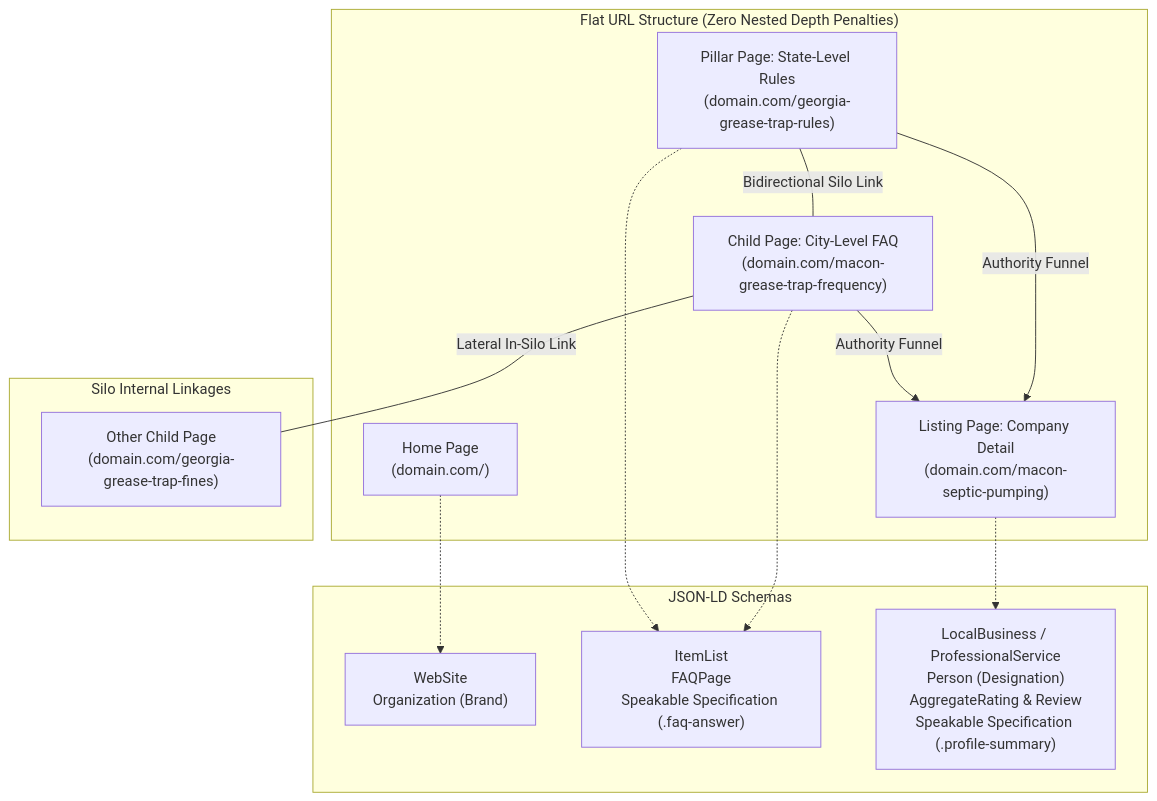
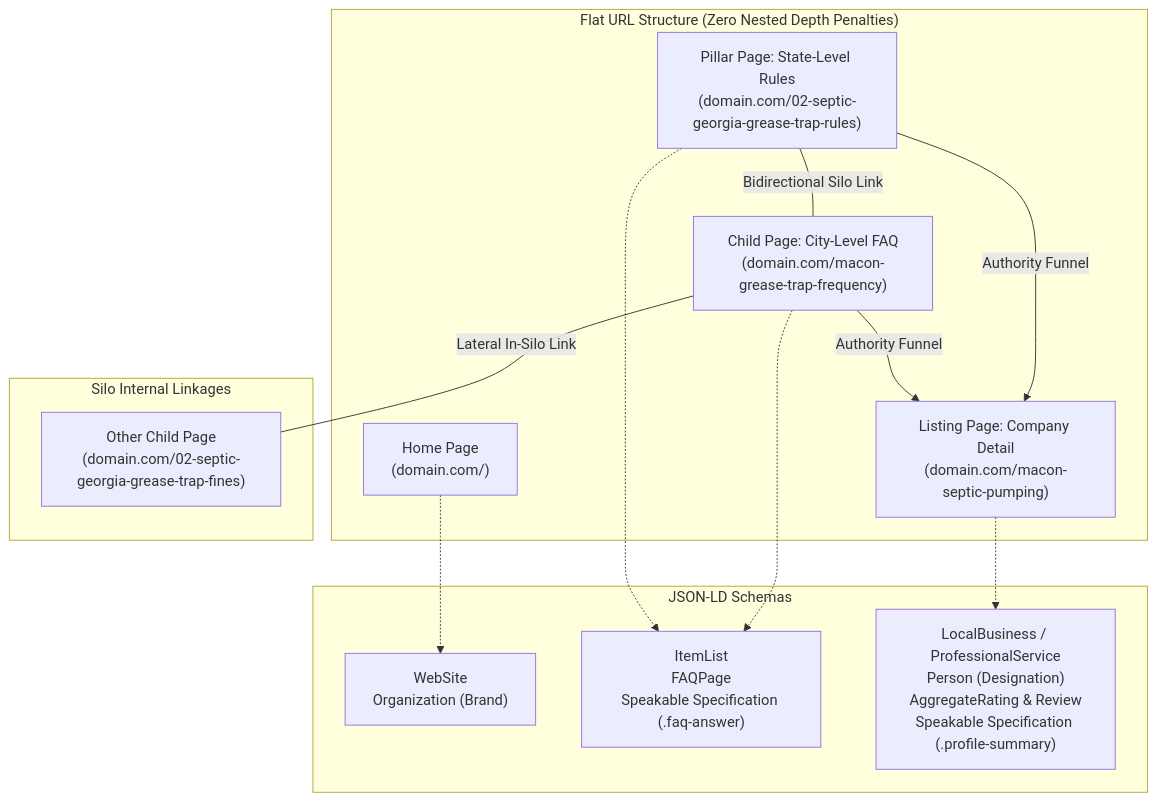
The third of 4 diagrams in bigfoot_blueprint_workflow.md (tamo42/bigfoot-blueprint), drawn with Mermaid before and after one commit. The commit also changed 226 other files, not shown here.

Commit message:
chore: migrate workbench to id-prefix schema

````diff
--- a/bigfoot_blueprint_workflow.md
+++ b/bigfoot_blueprint_workflow.md
@@ -142,27 +142,27 @@
 ```mermaid
 graph TD
     subgraph URL_Structure ["Flat URL Structure (Zero Nested Depth Penalties)"]
         Home["Home Page<br>(domain.com/)"]
-        Pillar["Pillar Page: State-Level Rules<br>(domain.com/georgia-grease-trap-rules)"]
+        Pillar["Pillar Page: State-Level Rules<br>(domain.com/02-septic-georgia-grease-trap-rules)"]
         Child["Child Page: City-Level FAQ<br>(domain.com/macon-grease-trap-frequency)"]
         Listing["Listing Page: Company Detail<br>(domain.com/macon-septic-pumping)"]
     end
 
     subgraph Internal_Links ["Silo Internal Linkages"]
         Pillar ---|Bidirectional Silo Link| Child
         Child -->|Authority Funnel| Listing
         Pillar -->|Authority Funnel| Listing
-        Child ---|Lateral In-Silo Link| OtherChild["Other Child Page<br>(domain.com/georgia-grease-trap-fines)"]
+        Child ---|Lateral In-Silo Link| OtherChild["Other Child Page<br>(domain.com/02-septic-georgia-grease-trap-fines)"]
     end
 
     subgraph Schemas ["JSON-LD Schemas"]
         HomeSchema["WebSite<br>Organization (Brand)"]
         ChildSchema["ItemList<br>FAQPage<br>Speakable Specification (.faq-answer)"]
         ListingSchema["LocalBusiness / ProfessionalService<br>Person (Designation)<br>AggregateRating & Review<br>Speakable Specification (.profile-summary)"]
     end
 
     Home -.-> HomeSchema
     Pillar -.-> ChildSchema
     Child -.-> ChildSchema
     Listing -.-> ListingSchema
 ```
````
